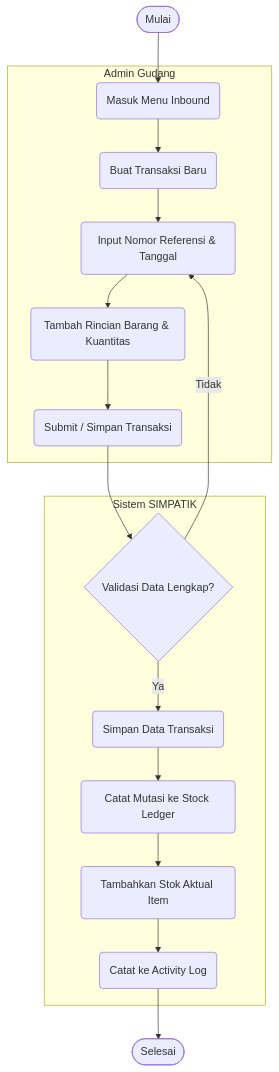
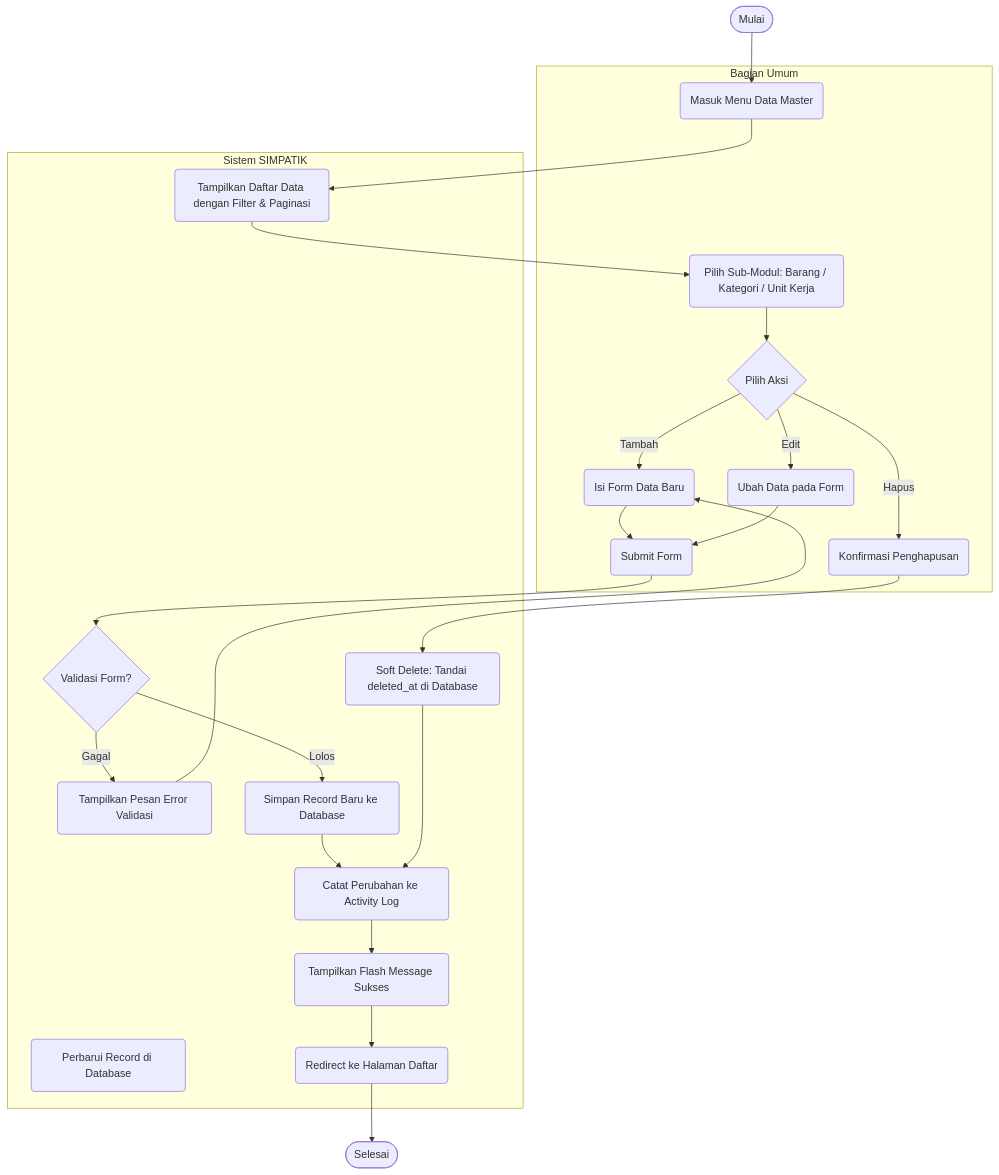
One commit to wahyu2021/SIMPATIK changed the second of 14 diagrams in laporan_activity_diagram.md. Above: the diagram before and after it, drawn with Mermaid. The commit also changed other lines of this file and 5 other files, not shown here.

````diff
--- a/laporan_activity_diagram.md
+++ b/laporan_activity_diagram.md
@@ -73,38 +64,52 @@
 ```mermaid
 flowchart TD
-    %% Node Definisi
     Start([Mulai])
     End([Selesai])
 
-    subgraph AdminGudang [Admin Gudang]
-        A(Masuk Menu Inbound)
-        B(Buat Transaksi Baru)
-        C(Input Nomor Referensi & Tanggal)
-        D(Tambah Rincian Barang & Kuantitas)
-        E(Submit / Simpan Transaksi)
+    subgraph BagianUmum [Bagian Umum]
+        A(Masuk Menu Data Master)
+        B(Pilih Sub-Modul: Barang / Kategori / Unit Kerja)
+        C{Pilih Aksi}
+        D(Isi Form Data Baru)
+        E(Ubah Data pada Form)
+        F(Konfirmasi Penghapusan)
+        G(Submit Form)
     end
 
     subgraph Sistem [Sistem SIMPATIK]
-        F{Validasi Data Lengkap?}
-        G(Simpan Data Transaksi)
-        H(Catat Mutasi ke Stock Ledger)
-        I(Tambahkan Stok Aktual Item)
-        J(Catat ke Activity Log)
+        H(Tampilkan Daftar Data dengan Filter & Paginasi)
+        I{Validasi Form?}
+        J(Tampilkan Pesan Error Validasi)
+        K(Simpan Record Baru ke Database)
+        L(Perbarui Record di Database)
+        M(Soft Delete: Tandai deleted_at di Database)
+        N(Catat Perubahan ke Activity Log)
+        O(Tampilkan Flash Message Sukses)
+        P(Redirect ke Halaman Daftar)
     end
 
-    %% Alur Kerja
     Start --> A
-    A --> B
+    A --> H
+    H --> B
     B --> C
-    C --> D
-    D --> E
-    E --> F
-    
-    F -- Ya --> G
-    F -- Tidak --> C
-    
-    G --> H
-    H --> I
-    I --> J
-    J --> End
+
+    C -- Tambah --> D
+    C -- Edit --> E
+    D --> G
+    E --> G
+
+    G --> I
+    I -- Gagal --> J
+    J --> D
+
+    I -- Lolos --> K
+    K --> N
+
+    C -- Hapus --> F
+    F --> M
+    M --> N
+
+    N --> O
+    O --> P
+    P --> End
 ```
````
